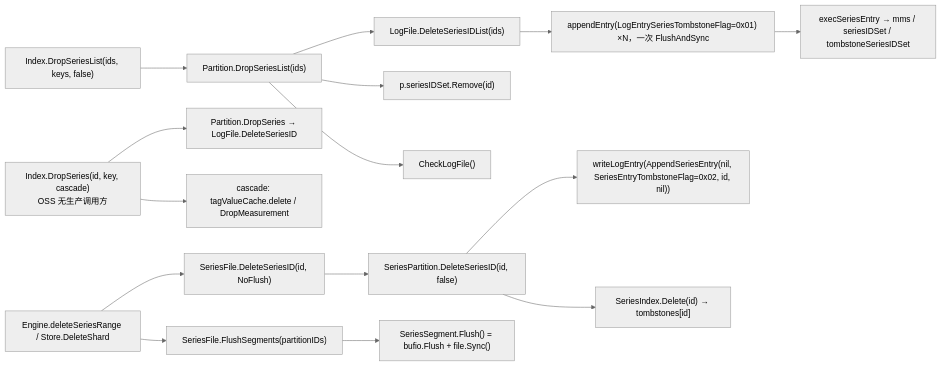
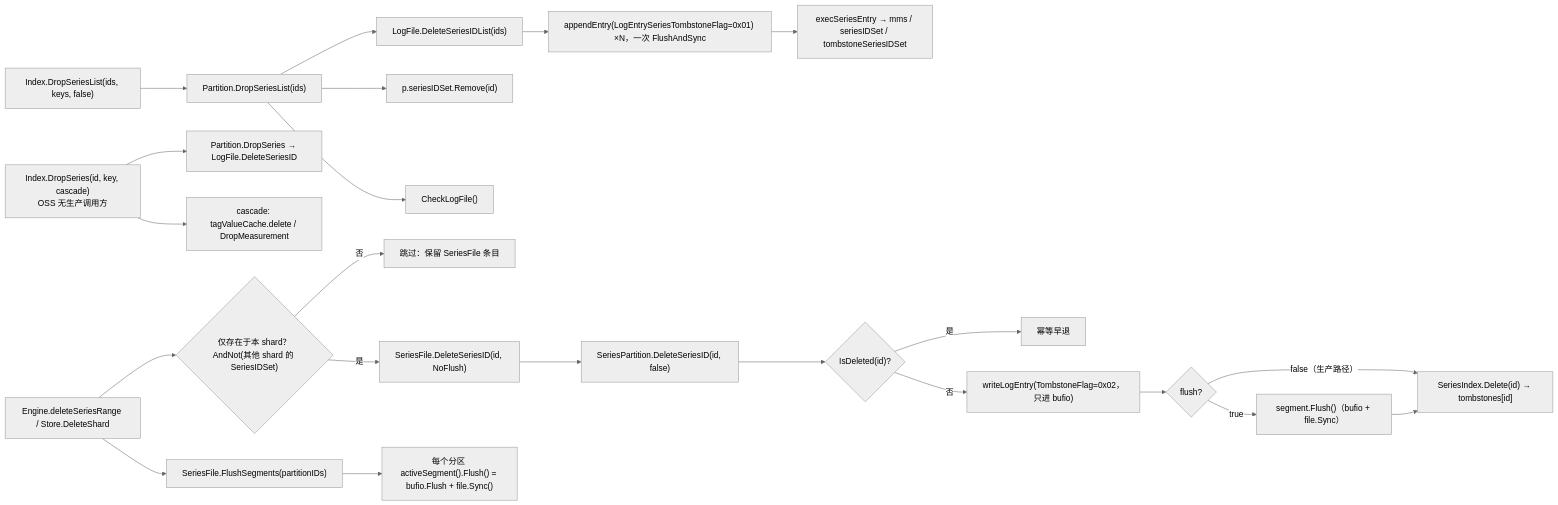
One commit to stefanv5/influxdb changed the second of 3 diagrams in docs/specs/v1.8.10-vs-v1.12.3/02_index_series_diff.md. Above: the diagram before and after it, drawn with Mermaid (neutral theme). The commit also changed other lines of this file and 18 other files, not shown here.

````diff
--- a/docs/specs/v1.8.10-vs-v1.12.3/02_index_series_diff.md
+++ b/docs/specs/v1.8.10-vs-v1.12.3/02_index_series_diff.md
@@ -101,18 +106,25 @@
 ```mermaid
 flowchart LR
     A["Index.DropSeriesList(ids, keys, false)"] --> B["Partition.DropSeriesList(ids)"]
     B --> C["LogFile.DeleteSeriesIDList(ids)"]
     C --> D["appendEntry(LogEntrySeriesTombstoneFlag=0x01) ×N，一次 FlushAndSync"]
     D --> E["execSeriesEntry → mms / seriesIDSet / tombstoneSeriesIDSet"]
     B --> F["p.seriesIDSet.Remove(id)"]
     B --> G["CheckLogFile()"]
     A2["Index.DropSeries(id, key, cascade)<br/>OSS 无生产调用方"] --> B2["Partition.DropSeries → LogFile.DeleteSeriesID"]
     A2 --> A3["cascade: tagValueCache.delete / DropMeasurement"]
 
-    H["Engine.deleteSeriesRange / Store.DeleteShard"] --> I["SeriesFile.DeleteSeriesID(id, NoFlush)"]
+    H["Engine.deleteSeriesRange / Store.DeleteShard"] --> H2{"仅存在于本 shard？<br/>AndNot(其他 shard 的 SeriesIDSet)"}
+    H2 -->|"否"| HX["跳过：保留 SeriesFile 条目"]
+    H2 -->|"是"| I["SeriesFile.DeleteSeriesID(id, NoFlush)"]
     I --> J["SeriesPartition.DeleteSeriesID(id, false)"]
-    J --> K["writeLogEntry(AppendSeriesEntry(nil, SeriesEntryTombstoneFlag=0x02, id, nil))"]
-    J --> L["SeriesIndex.Delete(id) → tombstones[id]"]
+    J --> J0{"IsDeleted(id)?"}
+    J0 -->|"是"| JX["幂等早退"]
+    J0 -->|"否"| K["writeLogEntry(TombstoneFlag=0x02，只进 bufio)"]
+    K --> FL{"flush?"}
+    FL -->|"true"| FL1["segment.Flush()（bufio + file.Sync）"]
+    FL -->|"false（生产路径）"| L["SeriesIndex.Delete(id) → tombstones[id]"]
+    FL1 --> L
     H --> M["SeriesFile.FlushSegments(partitionIDs)"]
-    M --> N["SeriesSegment.Flush() = bufio.Flush + file.Sync()"]
+    M --> N["每个分区 activeSegment().Flush() = bufio.Flush + file.Sync()"]
 ```
````
